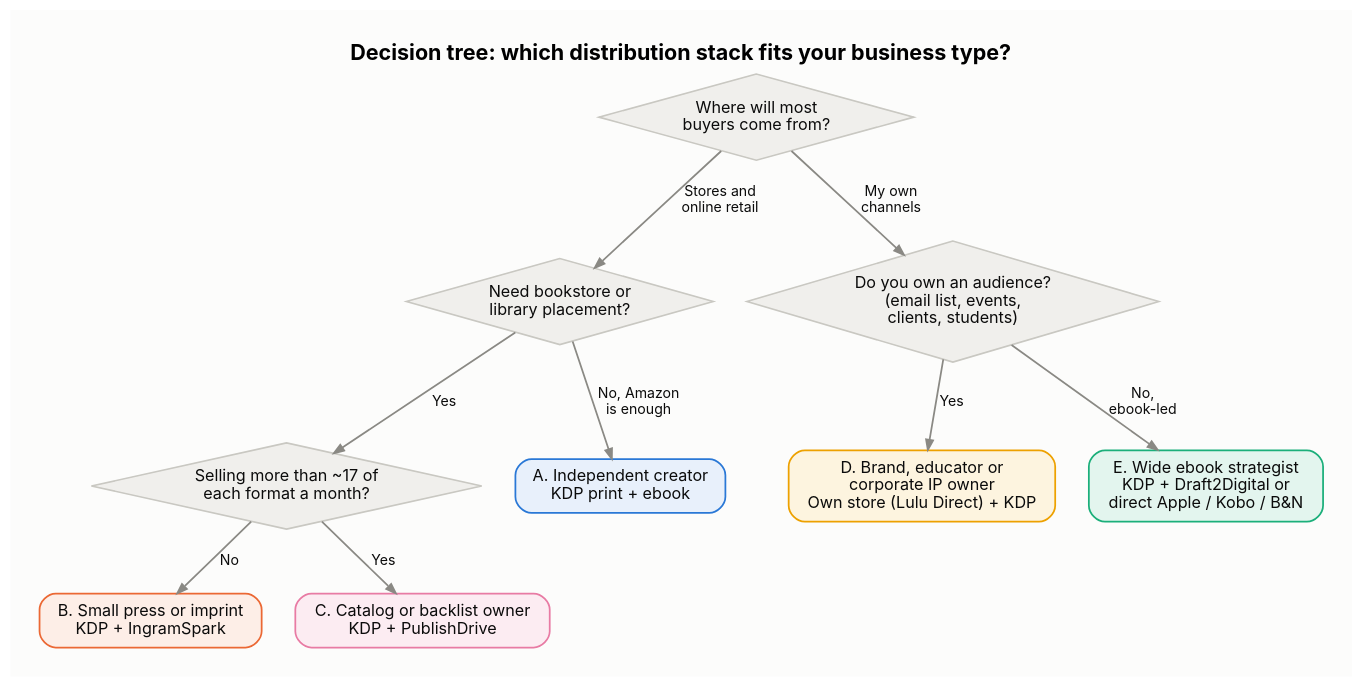
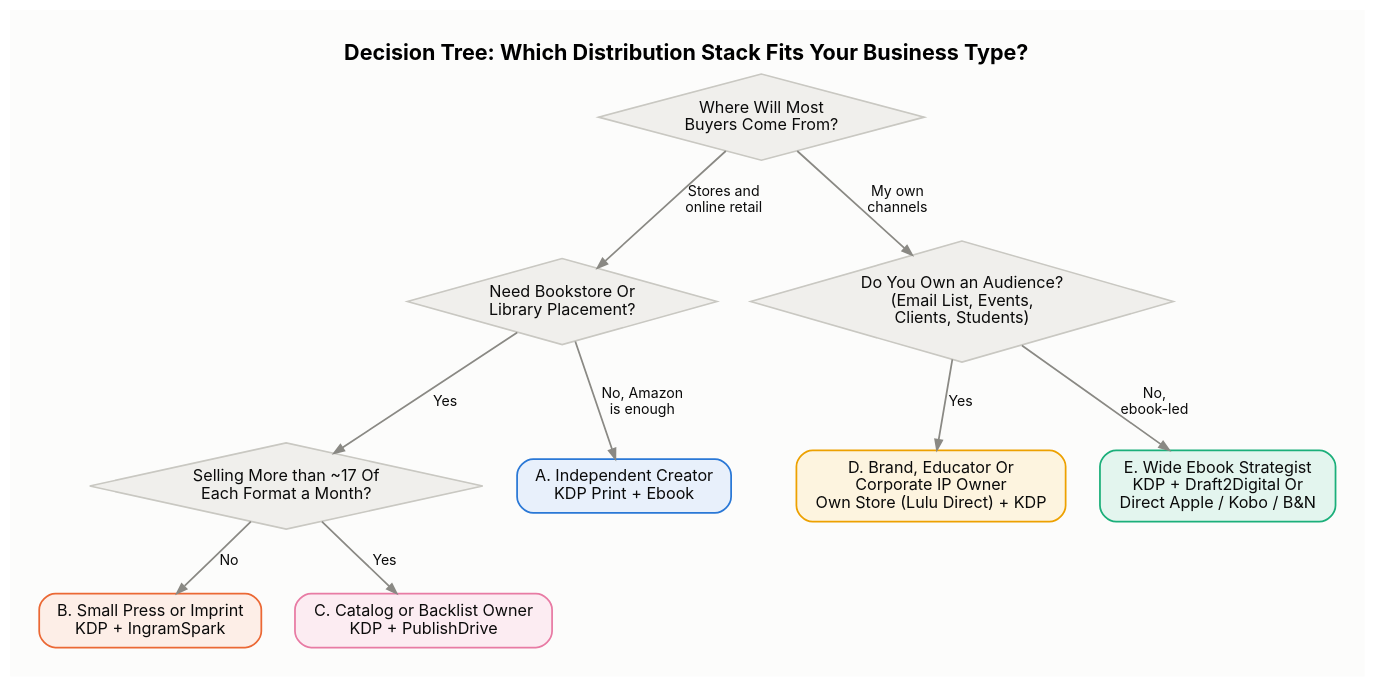
The diagram in diagrams/d2_vertical_decision_tree.dot (ShamarRobinson/ip-distribution-decision-verticals), drawn with Graphviz before and after one commit. The commit also changed 130 other files, not shown here.

```diff
--- a/diagrams/d2_vertical_decision_tree.dot
+++ b/diagrams/d2_vertical_decision_tree.dot
@@ -1,37 +1,37 @@
 digraph G { rankdir=TB; bgcolor="#fcfcfb"; pad=0.3; nodesep=0.35; ranksep=0.5;
-labelloc=t; label=<<b>Decision tree: which distribution stack fits your business type?</b>>; fontname="Inter"; fontsize=16;
+labelloc=t; label=<<b>Decision Tree: Which Distribution Stack Fits Your Business Type?</b>>; fontname="Inter"; fontsize=16;
 node [fontname="Inter", fontsize=12, penwidth=1.3]; edge [fontname="Inter", fontsize=10.5, arrowsize=0.75];
-q1 [label="Where will most
-buyers come from?", shape=diamond, style=filled, fillcolor="#f0efec", color="#c9c8c2", fontcolor="#0b0b0b", margin="0.04,0.04", penwidth=1.2];
-q2 [label="Need bookstore or
-library placement?", shape=diamond, style=filled, fillcolor="#f0efec", color="#c9c8c2", fontcolor="#0b0b0b", margin="0.04,0.04", penwidth=1.2];
-q3 [label="Selling more than ~17 of
-each format a month?", shape=diamond, style=filled, fillcolor="#f0efec", color="#c9c8c2", fontcolor="#0b0b0b", margin="0.04,0.04", penwidth=1.2];
-q4 [label="Do you own an audience?
-(email list, events,
-clients, students)", shape=diamond, style=filled, fillcolor="#f0efec", color="#c9c8c2", fontcolor="#0b0b0b", margin="0.04,0.04", penwidth=1.2];
-A [label="A. Independent creator
-KDP print + ebook", shape=box, style="rounded,filled", fillcolor="#e8f0fb", color="#2a78d6", fontcolor="#0b0b0b", margin="0.18,0.1", penwidth=1.3];
-B [label="B. Small press or imprint
+q1 [label="Where Will Most
+Buyers Come From?", shape=diamond, style=filled, fillcolor="#f0efec", color="#c9c8c2", fontcolor="#0b0b0b", margin="0.04,0.04", penwidth=1.2];
+q2 [label="Need Bookstore Or
+Library Placement?", shape=diamond, style=filled, fillcolor="#f0efec", color="#c9c8c2", fontcolor="#0b0b0b", margin="0.04,0.04", penwidth=1.2];
+q3 [label="Selling More than ~17 Of
+Each Format a Month?", shape=diamond, style=filled, fillcolor="#f0efec", color="#c9c8c2", fontcolor="#0b0b0b", margin="0.04,0.04", penwidth=1.2];
+q4 [label="Do You Own an Audience?
+(Email List, Events,
+Clients, Students)", shape=diamond, style=filled, fillcolor="#f0efec", color="#c9c8c2", fontcolor="#0b0b0b", margin="0.04,0.04", penwidth=1.2];
+A [label="A. Independent Creator
+KDP Print + Ebook", shape=box, style="rounded,filled", fillcolor="#e8f0fb", color="#2a78d6", fontcolor="#0b0b0b", margin="0.18,0.1", penwidth=1.3];
+B [label="B. Small Press or Imprint
 KDP + IngramSpark", shape=box, style="rounded,filled", fillcolor="#fdeee7", color="#eb6834", fontcolor="#0b0b0b", margin="0.18,0.1", penwidth=1.3];
-C [label="C. Catalog or backlist owner
+C [label="C. Catalog or Backlist Owner
 KDP + PublishDrive", shape=box, style="rounded,filled", fillcolor="#fcecf2", color="#e87ba4", fontcolor="#0b0b0b", margin="0.18,0.1", penwidth=1.3];
-D [label="D. Brand, educator or
-corporate IP owner
-Own store (Lulu Direct) + KDP", shape=box, style="rounded,filled", fillcolor="#fdf4df", color="#eda100", fontcolor="#0b0b0b", margin="0.18,0.1", penwidth=1.3];
-E [label="E. Wide ebook strategist
-KDP + Draft2Digital or
-direct Apple / Kobo / B&N", shape=box, style="rounded,filled", fillcolor="#e3f5ee", color="#1baf7a", fontcolor="#0b0b0b", margin="0.18,0.1", penwidth=1.3];
+D [label="D. Brand, Educator Or
+Corporate IP Owner
+Own Store (Lulu Direct) + KDP", shape=box, style="rounded,filled", fillcolor="#fdf4df", color="#eda100", fontcolor="#0b0b0b", margin="0.18,0.1", penwidth=1.3];
+E [label="E. Wide Ebook Strategist
+KDP + Draft2Digital Or
+Direct Apple / Kobo / B&N", shape=box, style="rounded,filled", fillcolor="#e3f5ee", color="#1baf7a", fontcolor="#0b0b0b", margin="0.18,0.1", penwidth=1.3];
 q1 -> q2 [label="Stores and
 online retail", color="#8a8984", fontcolor="#0b0b0b", penwidth=1.3];
 q1 -> q4 [label="My own
 channels", color="#8a8984", fontcolor="#0b0b0b", penwidth=1.3];
 q2 -> A [label="No, Amazon
 is enough", color="#8a8984", fontcolor="#0b0b0b", penwidth=1.3];
 q2 -> q3 [label="Yes", color="#8a8984", fontcolor="#0b0b0b", penwidth=1.3];
 q3 -> B [label="No", color="#8a8984", fontcolor="#0b0b0b", penwidth=1.3];
 q3 -> C [label="Yes", color="#8a8984", fontcolor="#0b0b0b", penwidth=1.3];
 q4 -> D [label="Yes", color="#8a8984", fontcolor="#0b0b0b", penwidth=1.3];
 q4 -> E [label="No,
 ebook-led", color="#8a8984", fontcolor="#0b0b0b", penwidth=1.3];
 }
```
